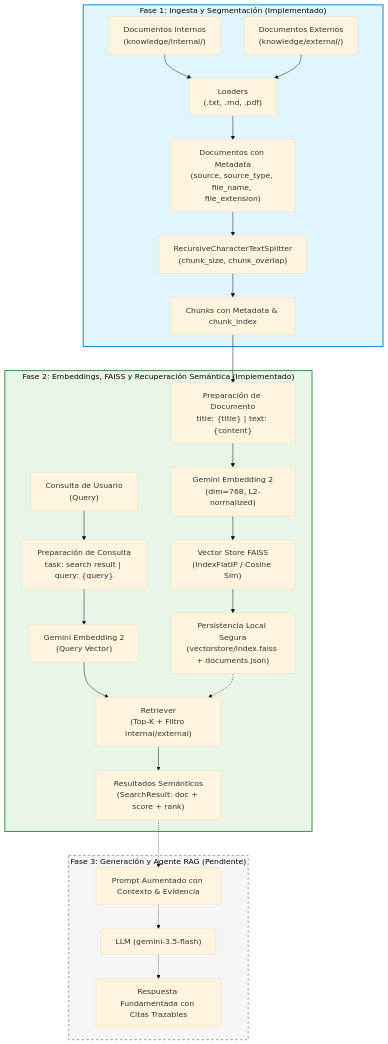
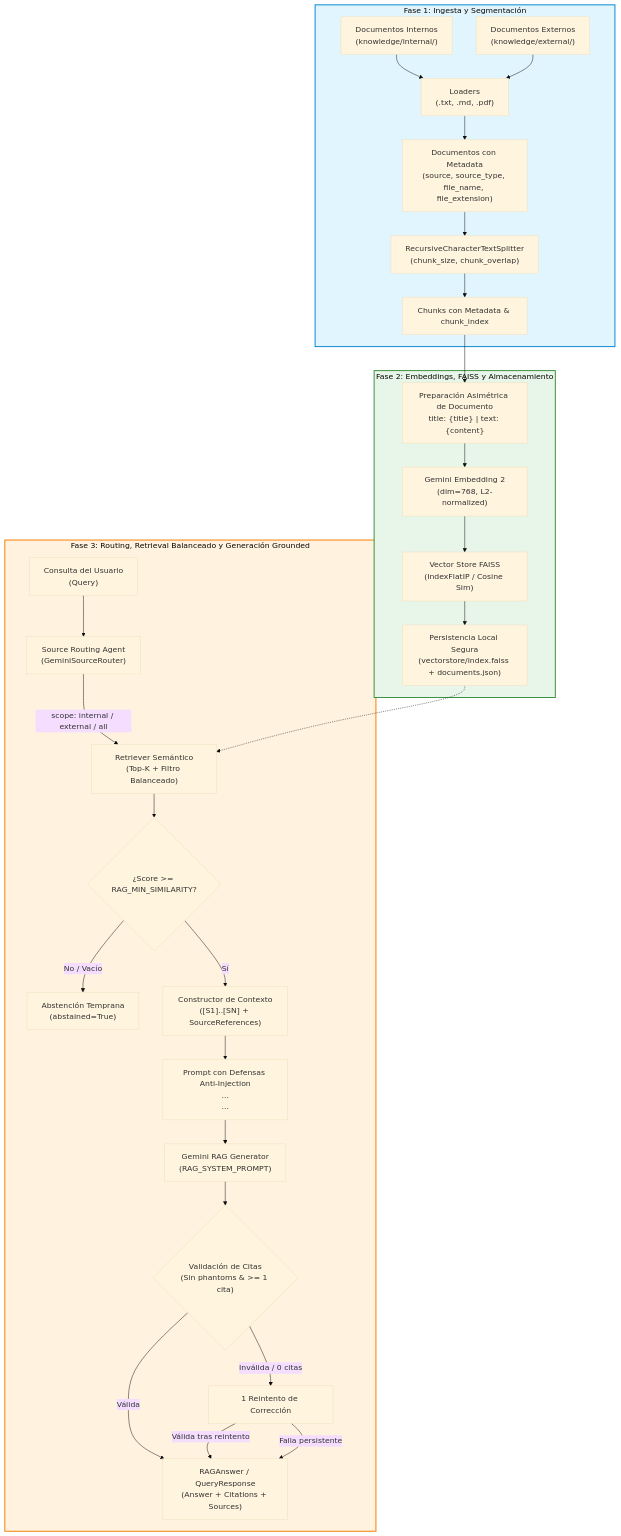
The diagram in README.md (HikariLucy/Knowledge-RAG), drawn with Mermaid (base theme) before and after one commit. The commit also changed other lines of this file and 5 other files, not shown here.

Commit message:
fix: enforce grounded citations and document RAG pipeline

````diff
--- a/README.md
+++ b/README.md
@@ -70,33 +81,37 @@
 ```mermaid
 flowchart TD
-    subgraph Fase_1["Fase 1: Ingesta y Segmentación (Implementado)"]
+    subgraph Fase_1["Fase 1: Ingesta y Segmentación"]
         A["Documentos Internos\n(knowledge/internal/)"] --> C["Loaders\n(.txt, .md, .pdf)"]
         B["Documentos Externos\n(knowledge/external/)"] --> C
         C --> D["Documentos con Metadata\n(source, source_type, file_name, file_extension)"]
         D --> E["RecursiveCharacterTextSplitter\n(chunk_size, chunk_overlap)"]
         E --> F["Chunks con Metadata & chunk_index"]
     end
 
-    subgraph Fase_2["Fase 2: Embeddings, FAISS y Recuperación Semántica (Implementado)"]
-        F --> G["Preparación de Documento\ntitle: {title} | text: {content}"]
+    subgraph Fase_2["Fase 2: Embeddings, FAISS y Almacenamiento"]
+        F --> G["Preparación Asimétrica de Documento\ntitle: {title} | text: {content}"]
         G --> H["Gemini Embedding 2\n(dim=768, L2-normalized)"]
         H --> I["Vector Store FAISS\n(IndexFlatIP / Cosine Sim)"]
         I --> J["Persistencia Local Segura\n(vectorstore/index.faiss + documents.json)"]
-
-        Q["Consulta de Usuario\n(Query)"] --> R["Preparación de Consulta\ntask: search result | query: {query}"]
-        R --> S["Gemini Embedding 2\n(Query Vector)"]
-        S --> T["Retriever\n(Top-K + Filtro internal/external)"]
-        J -.-> T
-        T --> U["Resultados Semánticos\n(SearchResult: doc + score + rank)"]
     end
 
-    subgraph Fase_3["Fase 3: Generación y Agente RAG (Pendiente)"]
-        U -.-> V["Prompt Aumentado con Contexto & Evidencia"]
-        V -.-> W["LLM (gemini-3.5-flash)"]
-        W -.-> X["Respuesta Fundamentada con Citas Trazables"]
+    subgraph Fase_3["Fase 3: Routing, Retrieval Balanceado y Generación Grounded"]
+        Q["Consulta del Usuario\n(Query)"] --> R["Source Routing Agent\n(GeminiSourceRouter)"]
+        R -->|scope: internal / external / all| RET["Retriever Semántico\n(Top-K + Filtro Balanceado)"]
+        J -.-> RET
+        RET --> THRESH{"¿Score >= RAG_MIN_SIMILARITY?"}
+        THRESH -->|No / Vacío| ABST["Abstención Temprana\n(abstained=True)"]
+        THRESH -->|Sí| CTX["Constructor de Contexto\n([S1]..[SN] + SourceReferences)"]
+        CTX --> PROMPT["Prompt con Defensas Anti-Injection\n<context> ... </context>\n<question> ... </question>"]
+        PROMPT --> GEN["Gemini RAG Generator\n(RAG_SYSTEM_PROMPT)"]
+        GEN --> VAL{"Validación de Citas\n(Sin phantoms & >= 1 cita)"}
+        VAL -->|Válida| OUT["RAGAnswer / QueryResponse\n(Answer + Citations + Sources)"]
+        VAL -->|Inválida / 0 citas| REP["1 Reintento de Corrección"]
+        REP -->|Válida tras reintento| OUT
+        REP -->|Falla persistente| OUT
     end
 
     style Fase_1 fill:#e1f5fe,stroke:#0288d1,stroke-width:2px
     style Fase_2 fill:#e8f5e9,stroke:#388e3c,stroke-width:2px
-    style Fase_3 fill:#f5f5f5,stroke:#9e9e9e,stroke-width:2px,stroke-dasharray: 5 5
+    style Fase_3 fill:#fff3e0,stroke:#f57c00,stroke-width:2px
 ```
````
